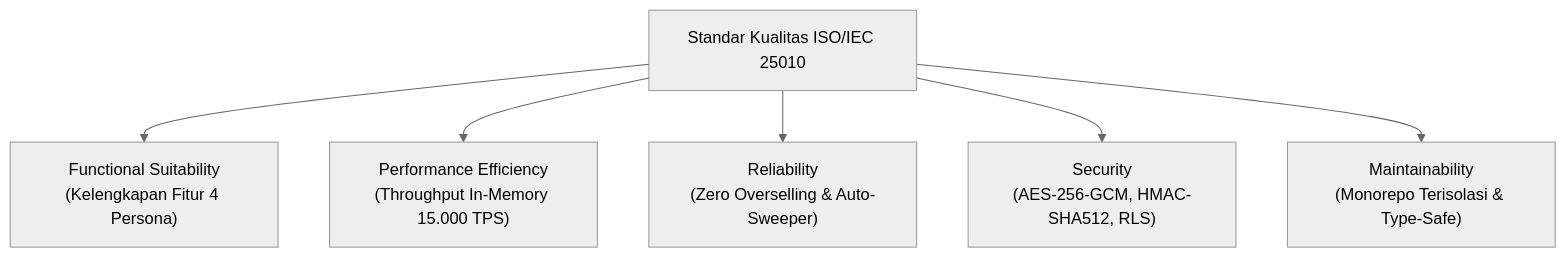
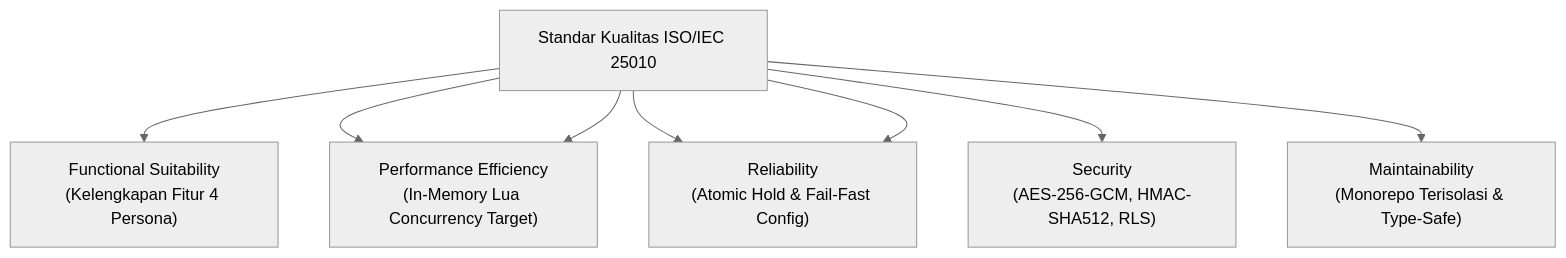
One commit to MasRizqi07/ProjectBuRahmiRPL-IKI changed the diagram in docs/AUDIT_AND_SECURITY_REPORT.md. Above: the diagram before and after it, drawn with Mermaid (neutral theme). The commit also changed other lines of this file and 7 other files, not shown here.

````diff
--- a/docs/AUDIT_AND_SECURITY_REPORT.md
+++ b/docs/AUDIT_AND_SECURITY_REPORT.md
@@ -25,9 +32,11 @@
 ```mermaid
 graph TD
     ISO["Standar Kualitas ISO/IEC 25010"]
     ISO --> FS["Functional Suitability\n(Kelengkapan Fitur 4 Persona)"]
     ISO --> PE["Performance Efficiency\n(Throughput In-Memory 15.000 TPS)"]
     ISO --> REL["Reliability\n(Zero Overselling & Auto-Sweeper)"]
+    ISO --> PE["Performance Efficiency\n(In-Memory Lua Concurrency Target)"]
+    ISO --> REL["Reliability\n(Atomic Hold & Fail-Fast Config)"]
     ISO --> SEC["Security\n(AES-256-GCM, HMAC-SHA512, RLS)"]
     ISO --> MAIN["Maintainability\n(Monorepo Terisolasi & Type-Safe)"]
 ```
````
